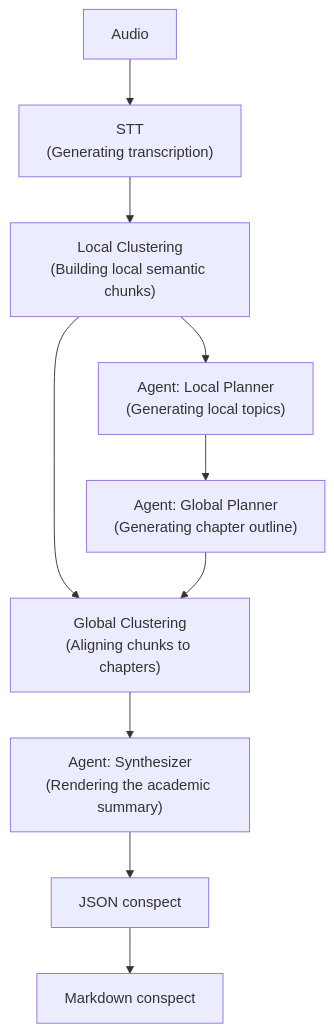
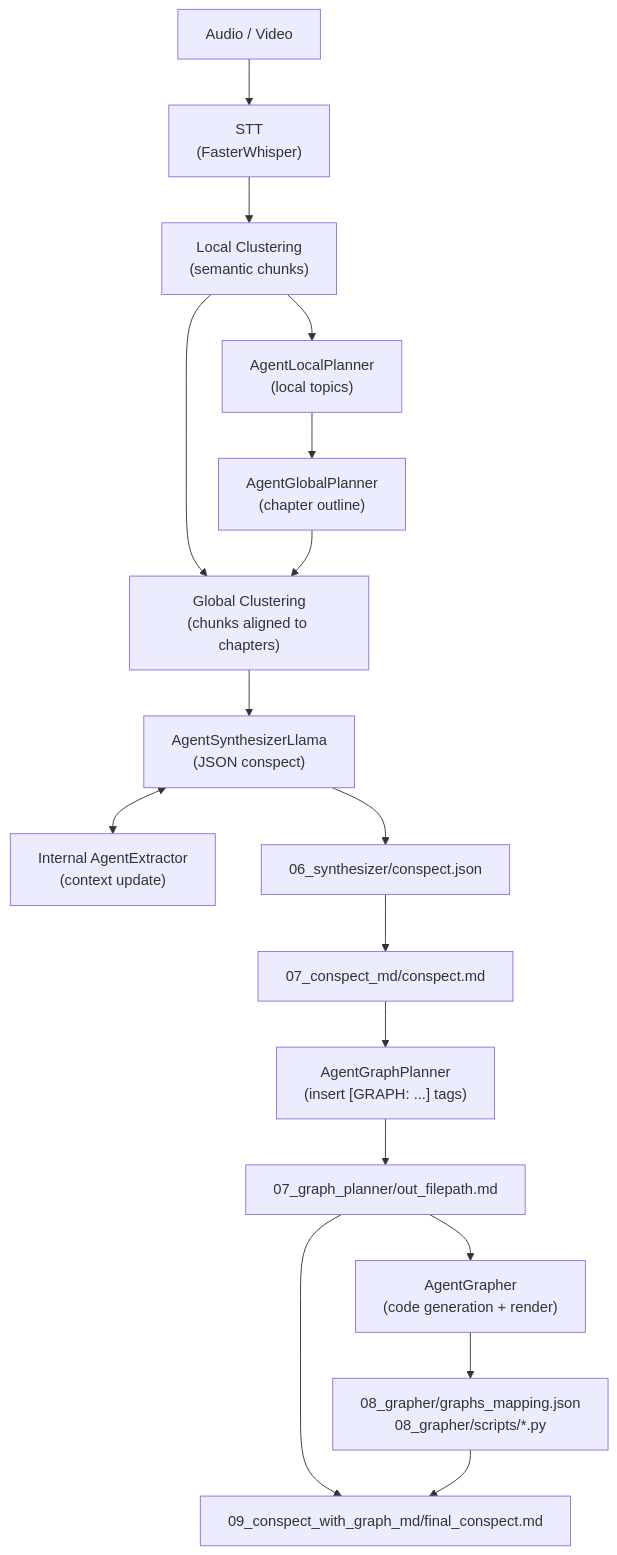
The diagram in README.ru.md (m4deme1ns4ne/LongConspectWriter), drawn with Mermaid before and after one commit. The commit also changed other lines of this file, not shown here.

````diff
--- a/README.ru.md
+++ b/README.ru.md
@@ -16,14 +21,20 @@
 ```mermaid
 flowchart TD
-    Audio["Audio"] --> STT["STT<br/>(Generating transcription)"]
+    Audio["Audio / Video"] --> STT["STT<br/>(FasterWhisper)"]
 
-    STT --> LCluster["Local Clustering<br/>(Building local semantic chunks)"]
-    LCluster --> LPlanner["Agent: Local Planner<br/>(Generating local topics)"]
-    LPlanner --> GPlanner["Agent: Global Planner<br/>(Generating chapter outline)"]
+    STT --> LCluster["Local Clustering<br/>(semantic chunks)"]
+    LCluster --> LPlanner["AgentLocalPlanner<br/>(local topics)"]
+    LPlanner --> GPlanner["AgentGlobalPlanner<br/>(chapter outline)"]
 
-    LCluster & GPlanner --> GCluster["Global Clustering<br/>(Aligning chunks to chapters)"]
-    GCluster --> Synthesizer["Agent: Synthesizer<br/>(Rendering the academic summary)"]
+    LCluster & GPlanner --> GCluster["Global Clustering<br/>(chunks aligned to chapters)"]
+    GCluster --> Synthesizer["AgentSynthesizerLlama<br/>(JSON conspect)"]
+    Synthesizer <--> Extractor["Internal AgentExtractor<br/>(context update)"]
 
-    Synthesizer --> JSON["JSON conspect"]
-    JSON --> MD["Markdown conspect"]
+    Synthesizer --> JSON["06_synthesizer/conspect.json"]
+    JSON --> MD["07_conspect_md/conspect.md"]
+    MD --> GraphPlanner["AgentGraphPlanner<br/>(insert [GRAPH: ...] tags)"]
+    GraphPlanner --> GraphMD["07_graph_planner/out_filepath.md"]
+    GraphMD --> Grapher["AgentGrapher<br/>(code generation + render)"]
+    Grapher --> GraphMap["08_grapher/graphs_mapping.json<br/>08_grapher/scripts/*.py"]
+    GraphMD & GraphMap --> FinalMD["09_conspect_with_graph_md/final_conspect.md"]
 ```
````
